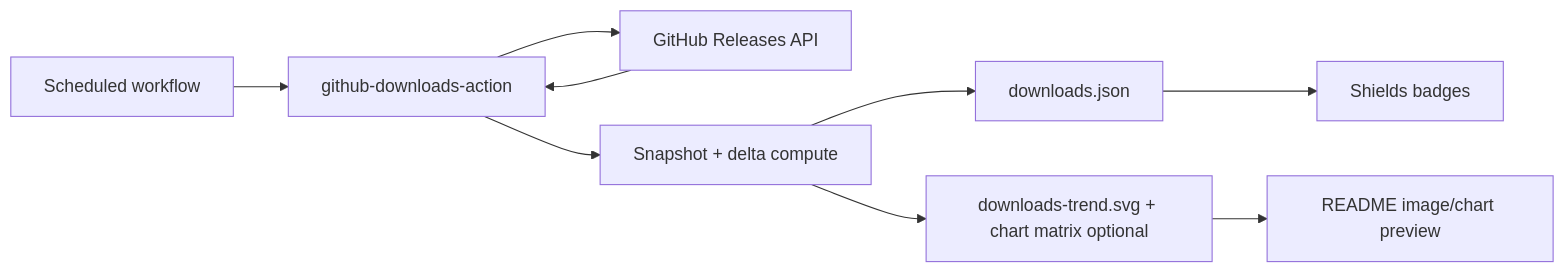
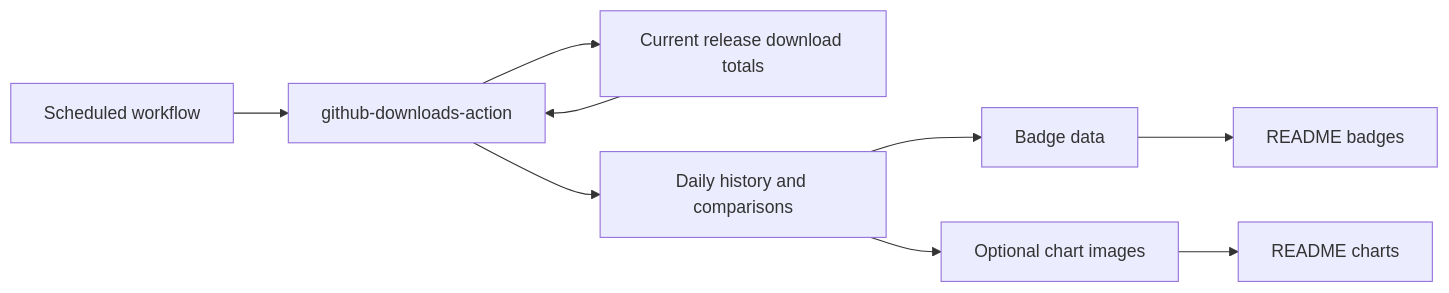
Before and after one commit to Justagwas/github-downloads-action: the diagram in README.md, drawn with Mermaid. The commit also changed other lines of this file, not shown here.

````diff
--- a/README.md
+++ b/README.md
@@ -65,11 +60,11 @@
 ```mermaid
 flowchart LR
   A[Scheduled workflow] --> B[github-downloads-action]
-  B --> C[GitHub Releases API]
+  B --> C[Current release download totals]
   C --> B
-  B --> D[Snapshot + delta compute]
-  D --> E[downloads.json]
-  D --> F[downloads-trend.svg + chart matrix optional]
-  E --> G[Shields badges]
-  F --> H[README image/chart preview]
+  B --> D[Daily history and comparisons]
+  D --> E[Badge data]
+  D --> F[Optional chart images]
+  E --> G[README badges]
+  F --> H[README charts]
 ```
````
